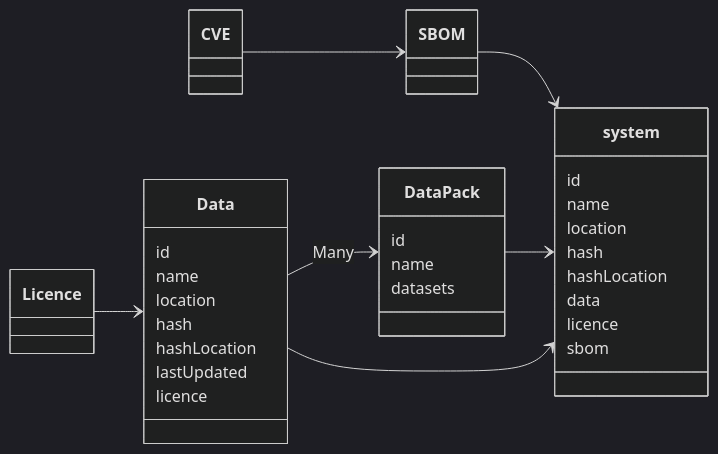
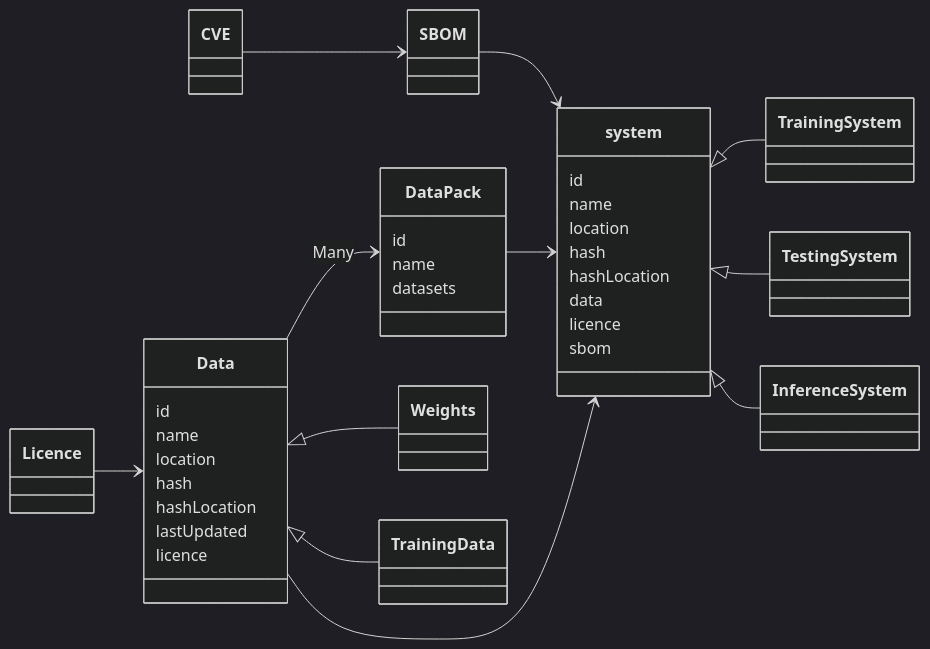
The diagram in packages/docusaurus/docs/working-docs/30-requirements-and-design/30-requirements-and-design.md (nqminds/Trusted-AI-BOM), drawn with Mermaid (dark theme) before and after one commit. The commit also changed other lines of this file, not shown here.

Commit message:
[2024-10-22 14:17:18] Tony McCaigue: Requirements & Design

````diff
--- a/packages/docusaurus/docs/working-docs/30-requirements-and-design/30-requirements-and-design.md
+++ b/packages/docusaurus/docs/working-docs/30-requirements-and-design/30-requirements-and-design.md
@@ -7,44 +7,67 @@
 ```mermaid
 classDiagram 
     direction LR
 
     class DataPack {
         id
         name
         datasets
     }
 
     class Data{
         id
         name
         location
         hash
         hashLocation
         lastUpdated
         licence
     }
 
     class Licence{
     }
+
     class CVE{
     }
+
     class SBOM {
     }
+
     class system {
         id
         name
         location
         hash
         hashLocation
         data
         licence
         sbom
     }
 
+    class TrainingSystem{
+    }
+
+    class TestingSystem{
+    }
+
+    class InferenceSystem{
+    }
+
     Licence --> Data
     Data  -->  DataPack: Many
     CVE --> SBOM
     SBOM --> system
     DataPack --> system
     Data --> system
+
+    %% Inheritance to represent types of Data
+    Data <|-- Weights
+    Data <|-- TrainingData
+
+    %% Inheritance to represent types of system
+    system <|-- TrainingSystem
+    system <|-- TestingSystem
+    system <|-- InferenceSystem
+
+
 ```
````
